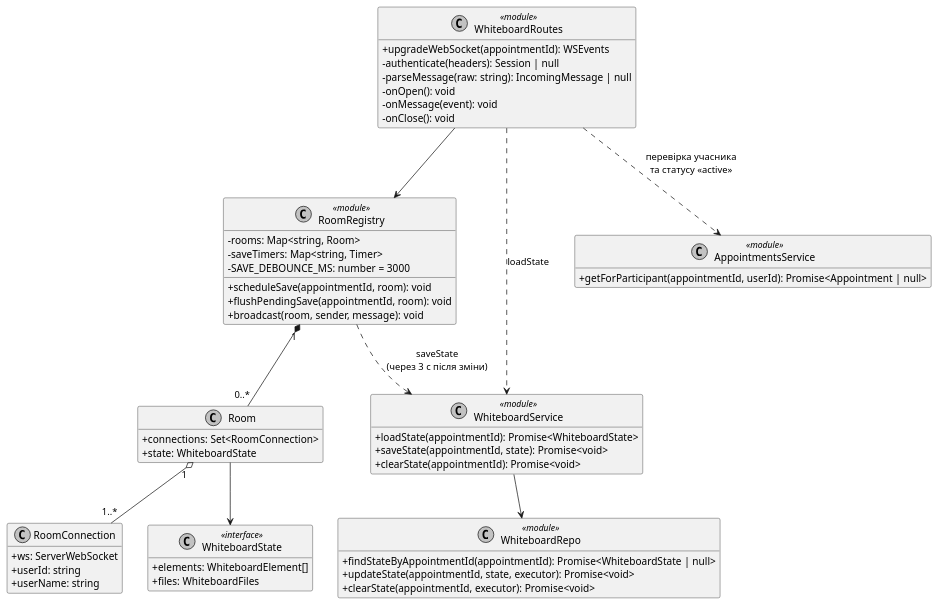
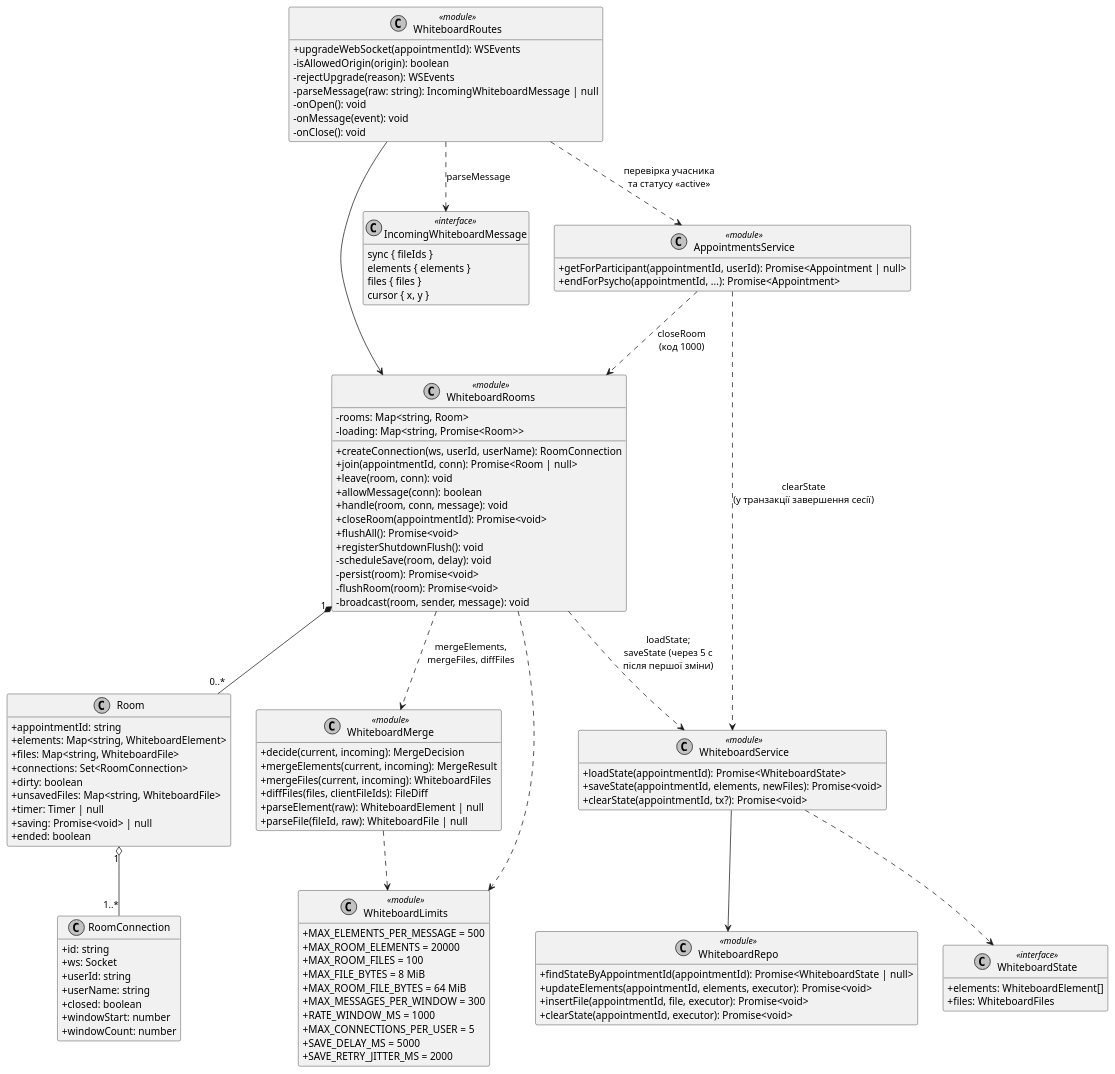
Before and after one commit to ArtemSmotritel/psycho: the diagram in docs/diagrams/whiteboard-class-diagram.puml, drawn with PlantUML. The commit also changed 49 other files, not shown here.

```diff
--- a/docs/diagrams/whiteboard-class-diagram.puml
+++ b/docs/diagrams/whiteboard-class-diagram.puml
@@ -1,78 +1,136 @@
 @startuml
 ' Локальна діаграма класів пакета «Інтерактивна дошка» (підрозділ 3.3.1).
 ' Платформозалежний рівень (PSM): відображає реалізацію з
-' backend/src/features/whiteboard/{routes,services,repo,models}.ts.
+' backend/src/features/whiteboard/{routes,rooms,merge,limits,services,repo,models}.ts.
 ' У коді модулі — заморожені const-обʼєкти та функції; на діаграмі вони
-' змодельовані класами (<<module>>), а модульний стан routes.ts
-' (rooms, saveTimers) винесено в клас RoomRegistry.
-' Розбір повідомлень (parseMessage) і автентифікація (better-auth) показані
-' як операції WhiteboardRoutes, щоб не перевантажувати діаграму звʼязками.
+' змодельовані класами (<<module>>). Модульний стан rooms.ts (rooms, loading)
+' належить модулю WhiteboardRooms.
+' Розбір повідомлень (parseMessage, схема zod), перевірка Origin і автентифікація
+' (better-auth) показані як операції WhiteboardRoutes, щоб не перевантажувати
+' діаграму звʼязками.
+' Типи вхідних і вихідних повідомлень показано одним інтерфейсом на напрям.
 ' Літеру додатка узгодити з фінальним порядком додатків.
 
 skinparam classAttributeIconSize 0
 skinparam shadowing false
 skinparam monochrome true
 skinparam defaultFontName "Times New Roman"
 hide empty members
 
 
 class WhiteboardRoutes <<module>> {
     + upgradeWebSocket(appointmentId): WSEvents
-    - authenticate(headers): Session | null
-    - parseMessage(raw: string): IncomingMessage | null
+    - isAllowedOrigin(origin): boolean
+    - rejectUpgrade(reason): WSEvents
+    - parseMessage(raw: string): IncomingWhiteboardMessage | null
     - onOpen(): void
     - onMessage(event): void
     - onClose(): void
 }
 
-class RoomRegistry <<module>> {
+class WhiteboardRooms <<module>> {
     - rooms: Map<string, Room>
-    - saveTimers: Map<string, Timer>
-    - SAVE_DEBOUNCE_MS: number = 3000
-    + scheduleSave(appointmentId, room): void
-    + flushPendingSave(appointmentId, room): void
-    + broadcast(room, sender, message): void
+    - loading: Map<string, Promise<Room>>
+    + createConnection(ws, userId, userName): RoomConnection
+    + join(appointmentId, conn): Promise<Room | null>
+    + leave(room, conn): void
+    + allowMessage(conn): boolean
+    + handle(room, conn, message): void
+    + closeRoom(appointmentId): Promise<void>
+    + flushAll(): Promise<void>
+    + registerShutdownFlush(): void
+    - scheduleSave(room, delay): void
+    - persist(room): Promise<void>
+    - flushRoom(room): Promise<void>
+    - broadcast(room, sender, message): void
 }
 
 class Room {
+    + appointmentId: string
+    + elements: Map<string, WhiteboardElement>
+    + files: Map<string, WhiteboardFile>
     + connections: Set<RoomConnection>
-    + state: WhiteboardState
+    + dirty: boolean
+    + unsavedFiles: Map<string, WhiteboardFile>
+    + timer: Timer | null
+    + saving: Promise<void> | null
+    + ended: boolean
 }
 
 class RoomConnection {
-    + ws: ServerWebSocket
+    + id: string
+    + ws: Socket
     + userId: string
     + userName: string
+    + closed: boolean
+    + windowStart: number
+    + windowCount: number
+}
+
+class WhiteboardMerge <<module>> {
+    + decide(current, incoming): MergeDecision
+    + mergeElements(current, incoming): MergeResult
+    + mergeFiles(current, incoming): WhiteboardFiles
+    + diffFiles(files, clientFileIds): FileDiff
+    + parseElement(raw): WhiteboardElement | null
+    + parseFile(fileId, raw): WhiteboardFile | null
+}
+
+class WhiteboardLimits <<module>> {
+    + MAX_ELEMENTS_PER_MESSAGE = 500
+    + MAX_ROOM_ELEMENTS = 20000
+    + MAX_ROOM_FILES = 100
+    + MAX_FILE_BYTES = 8 MiB
+    + MAX_ROOM_FILE_BYTES = 64 MiB
+    + MAX_MESSAGES_PER_WINDOW = 300
+    + RATE_WINDOW_MS = 1000
+    + MAX_CONNECTIONS_PER_USER = 5
+    + SAVE_DELAY_MS = 5000
+    + SAVE_RETRY_JITTER_MS = 2000
 }
 
 class WhiteboardService <<module>> {
     + loadState(appointmentId): Promise<WhiteboardState>
-    + saveState(appointmentId, state): Promise<void>
-    + clearState(appointmentId): Promise<void>
+    + saveState(appointmentId, elements, newFiles): Promise<void>
+    + clearState(appointmentId, tx?): Promise<void>
 }
 
 class WhiteboardRepo <<module>> {
     + findStateByAppointmentId(appointmentId): Promise<WhiteboardState | null>
-    + updateState(appointmentId, state, executor): Promise<void>
+    + updateElements(appointmentId, elements, executor): Promise<void>
+    + insertFile(appointmentId, file, executor): Promise<void>
     + clearState(appointmentId, executor): Promise<void>
 }
 
 class WhiteboardState <<interface>> {
     + elements: WhiteboardElement[]
     + files: WhiteboardFiles
 }
 
+class IncomingWhiteboardMessage <<interface>> {
+    sync { fileIds }
+    elements { elements }
+    files { files }
+    cursor { x, y }
+}
+
 class AppointmentsService <<module>> {
     + getForParticipant(appointmentId, userId): Promise<Appointment | null>
+    + endForPsycho(appointmentId, ...): Promise<Appointment>
 }
 
-WhiteboardRoutes --> RoomRegistry
+WhiteboardRoutes --> WhiteboardRooms
 WhiteboardRoutes ..> AppointmentsService : перевірка учасника\nта статусу «active»
-WhiteboardRoutes ..> WhiteboardService : loadState
-RoomRegistry "1" *-- "0..*" Room
+WhiteboardRoutes ..> IncomingWhiteboardMessage : parseMessage
+WhiteboardRooms "1" *-- "0..*" Room
 Room "1" o-- "1..*" RoomConnection
-Room --> WhiteboardState
-RoomRegistry ..> WhiteboardService : saveState\n(через 3 с після зміни)
+WhiteboardRooms ..> WhiteboardMerge : mergeElements,\nmergeFiles, diffFiles
+WhiteboardRooms ..> WhiteboardLimits
+WhiteboardMerge ..> WhiteboardLimits
+WhiteboardRooms ..> WhiteboardService : loadState;\nsaveState (через 5 с\nпісля першої зміни)
 WhiteboardService --> WhiteboardRepo
+WhiteboardService ..> WhiteboardState
+AppointmentsService ..> WhiteboardService : clearState\n(у транзакції завершення сесії)
+AppointmentsService ..> WhiteboardRooms : closeRoom\n(код 1000)
 
 @enduml
```
